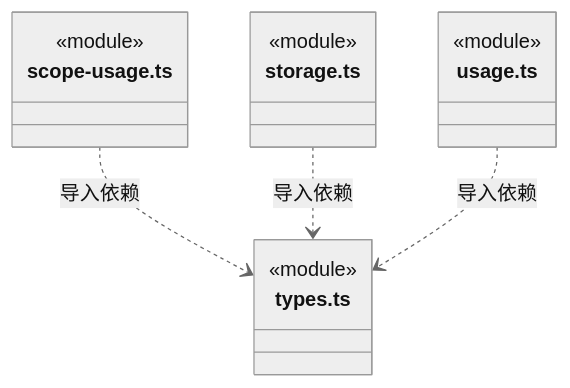
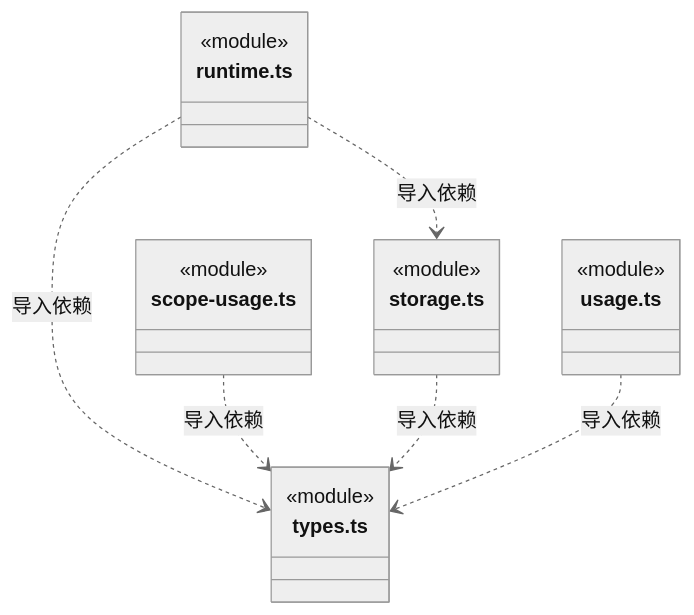
One commit to nan023062/cbim changed the third of 11 diagrams in src/backend/core/brain/ARCHITECTURE.md. Above: the diagram before and after it, drawn with Mermaid (neutral theme). The commit also changed other lines of this file and 60 other files, not shown here.

````diff
--- a/src/backend/core/brain/ARCHITECTURE.md
+++ b/src/backend/core/brain/ARCHITECTURE.md
@@ -85,18 +83,23 @@
 ```mermaid
 classDiagram
+class N_src_backend_core_brain_runtime_ts["runtime.ts"] {
+  <<module>>
+}
 class N_src_backend_core_brain_scope_usage_ts["scope-usage.ts"] {
   <<module>>
 }
 class N_src_backend_core_brain_storage_ts["storage.ts"] {
   <<module>>
 }
 class N_src_backend_core_brain_types_ts["types.ts"] {
   <<module>>
 }
 class N_src_backend_core_brain_usage_ts["usage.ts"] {
   <<module>>
 }
+N_src_backend_core_brain_runtime_ts ..> N_src_backend_core_brain_storage_ts : 导入依赖
+N_src_backend_core_brain_runtime_ts ..> N_src_backend_core_brain_types_ts : 导入依赖
 N_src_backend_core_brain_scope_usage_ts ..> N_src_backend_core_brain_types_ts : 导入依赖
 N_src_backend_core_brain_storage_ts ..> N_src_backend_core_brain_types_ts : 导入依赖
 N_src_backend_core_brain_usage_ts ..> N_src_backend_core_brain_types_ts : 导入依赖
 ```
````
